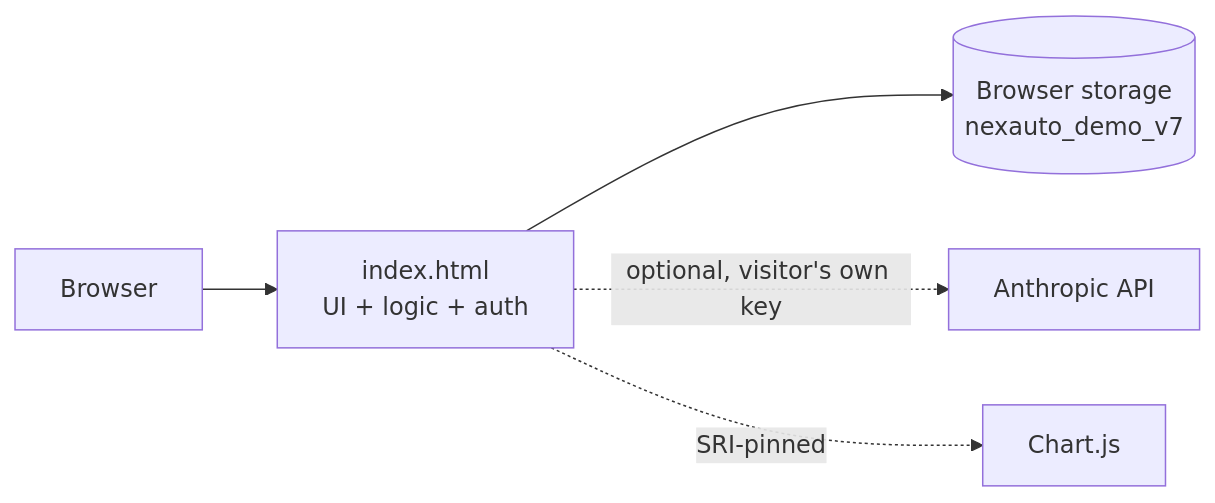
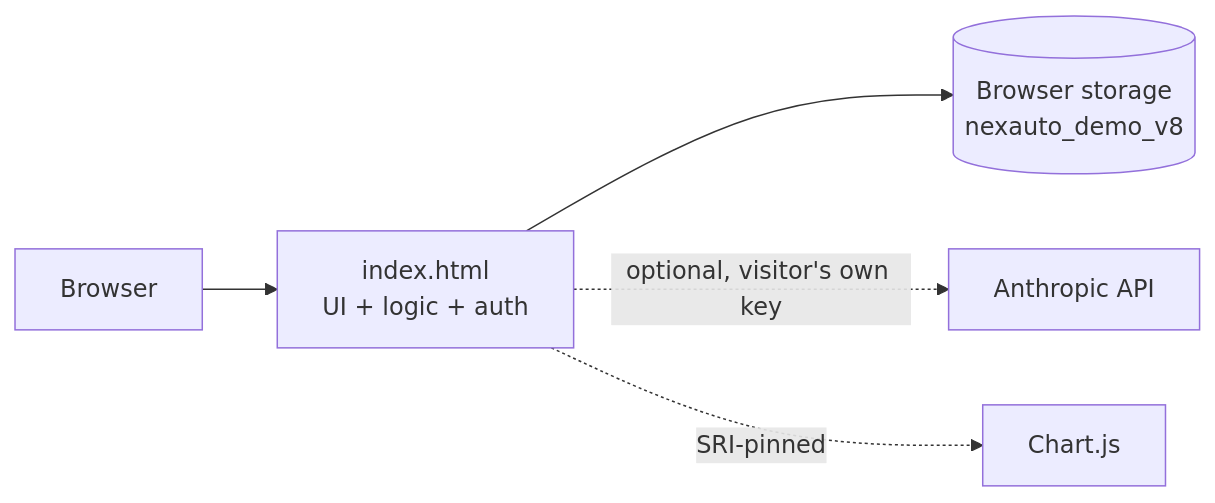
Before and after one commit to YapSeng98/NEXAUTO: the first of 2 diagrams in docs/ARCHITECTURE.md, drawn with Mermaid. The commit also changed other lines of this file and 11 other files, not shown here.

````diff
--- a/docs/ARCHITECTURE.md
+++ b/docs/ARCHITECTURE.md
@@ -5,7 +5,7 @@
 ```mermaid
 flowchart LR
   U["Browser"] --> APP["index.html<br/>UI + logic + auth"]
-  APP --> LS[("Browser storage<br/>nexauto_demo_v7")]
+  APP --> LS[("Browser storage<br/>nexauto_demo_v8")]
   APP -. "optional, visitor's own key" .-> AI["Anthropic API"]
   APP -. "SRI-pinned" .-> CDN["Chart.js"]
 ```
````
